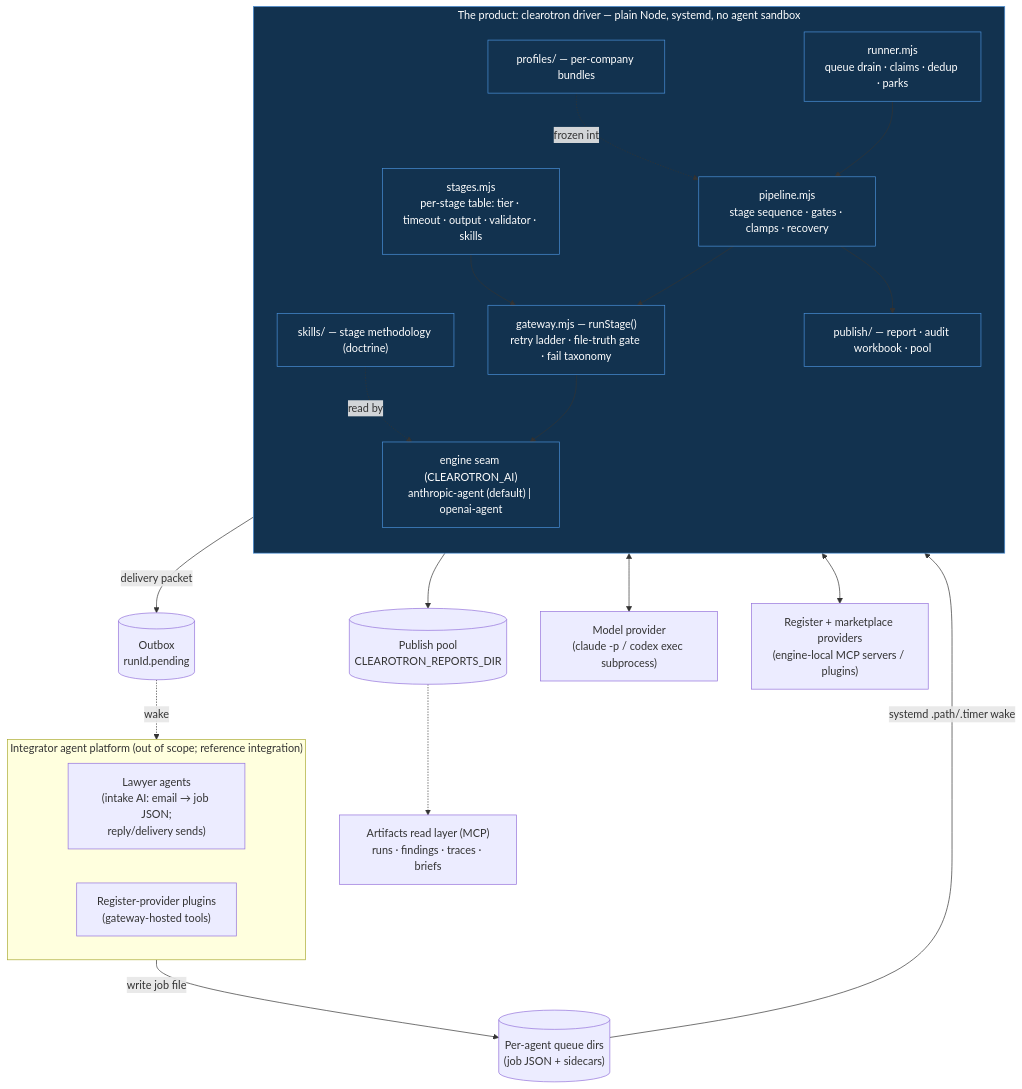
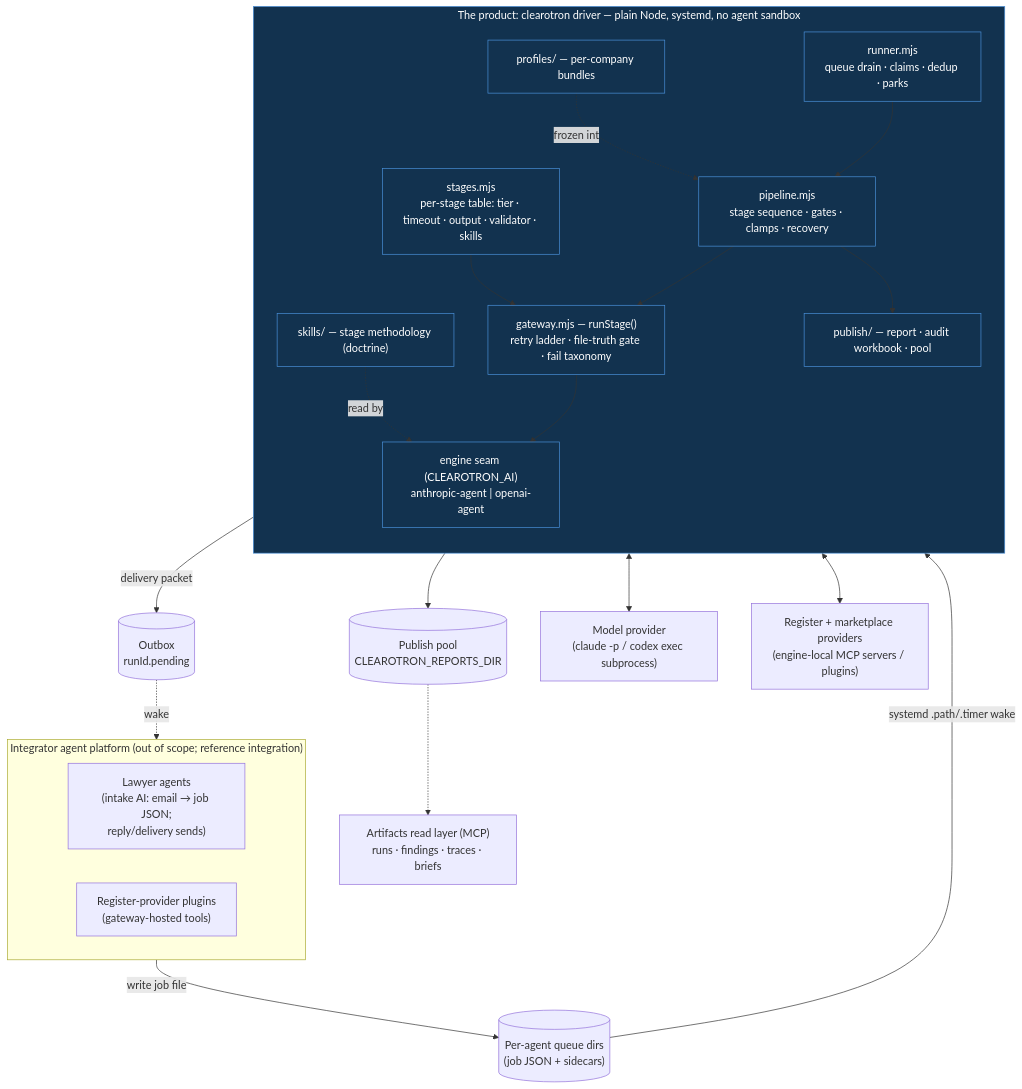
One commit to CordilleraSarl/clearotron changed the first of 2 diagrams in docs/architecture/02-architecture.md. Above: the diagram before and after it, drawn with Mermaid. The commit also changed other lines of this file and 333 other files, not shown here.

````diff
--- a/docs/architecture/02-architecture.md
+++ b/docs/architecture/02-architecture.md
@@ -43,44 +43,44 @@
 ```mermaid
 flowchart TB
     subgraph GW["Integrator agent platform (out of scope; reference integration)"]
         direction LR
         AG["Lawyer agents<br/>(intake AI: email → job JSON;<br/>reply/delivery sends)"]
         PL["Register-provider plugins<br/>(gateway-hosted tools)"]
     end
 
     subgraph DRV["The product: clearotron driver — plain Node, systemd, no agent sandbox"]
         direction TB
         RUN["runner.mjs<br/>queue drain · claims · dedup · parks"]
         PIPE["pipeline.mjs<br/>stage sequence · gates · clamps · recovery"]
         STG["stages.mjs<br/>per-stage table: tier · timeout · output · validator · skills"]
         GWM["gateway.mjs — runStage()<br/>retry ladder · file-truth gate · fail taxonomy"]
-        ENG["engine seam (CLEAROTRON_AI)<br/>anthropic-agent (default) | openai-agent"]
+        ENG["engine seam (CLEAROTRON_AI)<br/>anthropic-agent | openai-agent"]
         SKL["skills/ — stage methodology (doctrine)"]
         PROF["profiles/ — per-company bundles"]
         PUB["publish/ — report · audit workbook · pool"]
         RUN --> PIPE --> GWM --> ENG
         STG --> GWM
         SKL -.read by.-> ENG
         PROF -.frozen into.-> PIPE
         PIPE --> PUB
     end
 
     Q[("Per-agent queue dirs<br/>(job JSON + sidecars)")]
     POOL[("Publish pool<br/>CLEAROTRON_REPORTS_DIR")]
     OB[("Outbox<br/>runId.pending")]
     MODEL["Model provider<br/>(claude -p / codex exec subprocess)"]
     REG["Register + marketplace providers<br/>(engine-local MCP servers / plugins)"]
     MCPQ["Artifacts read layer (MCP)<br/>runs · findings · traces · briefs"]
 
     AG -- "write job file" --> Q
     Q -- "systemd .path/.timer wake" --> RUN
     ENG <--> MODEL
     ENG <--> REG
     PUB --> POOL
     PIPE -- "delivery packet" --> OB
     OB -. "wake" .-> AG
     POOL -.-> MCPQ
 
     classDef product fill:#12324f,stroke:#4a90d9,color:#fff
     class DRV,RUN,PIPE,STG,GWM,ENG,SKL,PROF,PUB product
 ```
````
